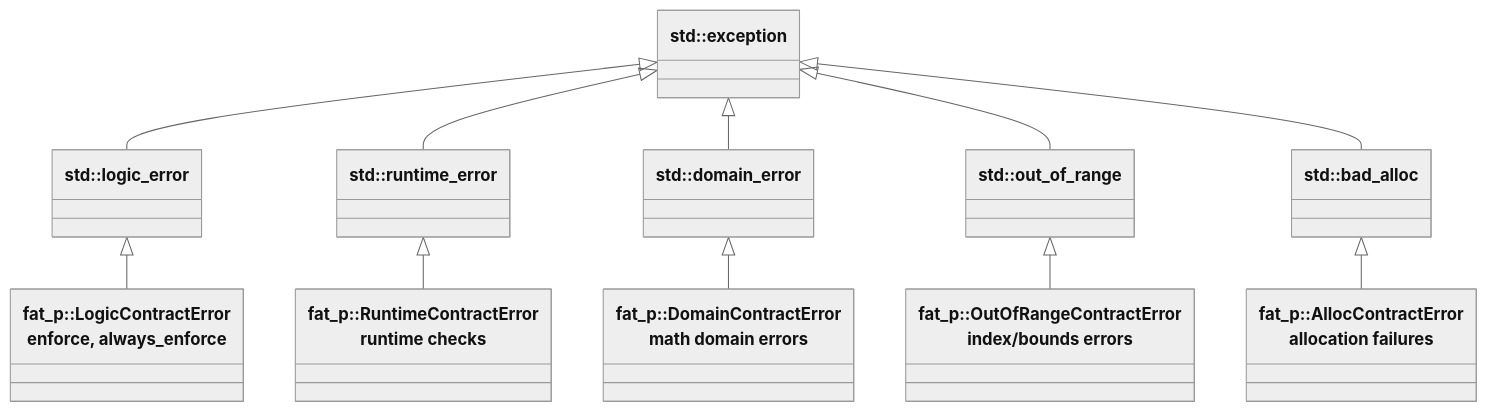
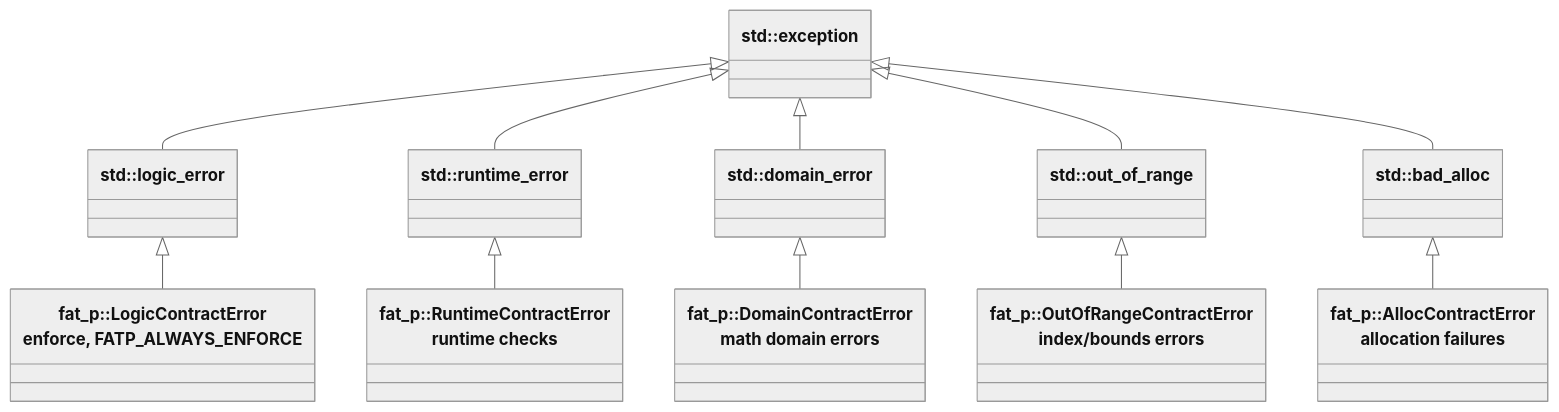
Before and after one commit to schroedermatthew/FatP: the second of 2 diagrams in Documentation/IN WORK/Enforce_User_Manual.md, drawn with Mermaid (neutral theme). The commit also changed other lines of this file and 213 other files, not shown here.

````diff
--- a/Documentation/IN WORK/Enforce_User_Manual.md
+++ b/Documentation/IN WORK/Enforce_User_Manual.md
@@ -1316,27 +1316,27 @@
 ```mermaid
 classDiagram
     class std_exception["std::exception"]
     class std_logic_error["std::logic_error"]
     class std_runtime_error["std::runtime_error"]
     class std_domain_error["std::domain_error"]
     class std_out_of_range["std::out_of_range"]
     class std_bad_alloc["std::bad_alloc"]
     
-    class LogicContractError["fat_p::LogicContractError<br/>enforce, always_enforce"]
+    class LogicContractError["fat_p::LogicContractError<br/>enforce, FATP_ALWAYS_ENFORCE"]
     class RuntimeContractError["fat_p::RuntimeContractError<br/>runtime checks"]
     class DomainContractError["fat_p::DomainContractError<br/>math domain errors"]
     class OutOfRangeContractError["fat_p::OutOfRangeContractError<br/>index/bounds errors"]
     class AllocContractError["fat_p::AllocContractError<br/>allocation failures"]
     
     std_exception <|-- std_logic_error
     std_exception <|-- std_runtime_error
     std_exception <|-- std_domain_error
     std_exception <|-- std_out_of_range
     std_exception <|-- std_bad_alloc
     
     std_logic_error <|-- LogicContractError
     std_runtime_error <|-- RuntimeContractError
     std_domain_error <|-- DomainContractError
     std_out_of_range <|-- OutOfRangeContractError
     std_bad_alloc <|-- AllocContractError
 ```
````
